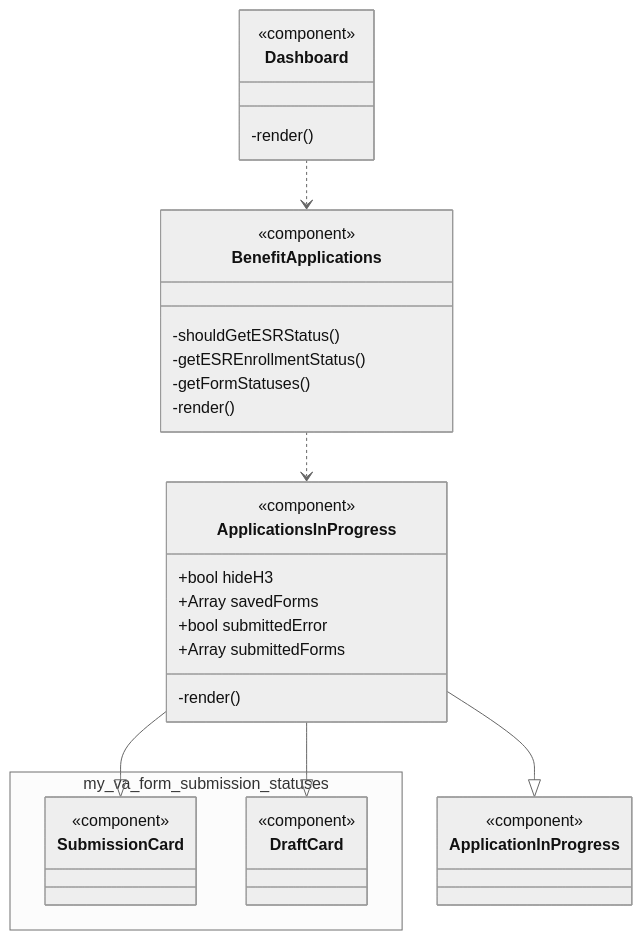
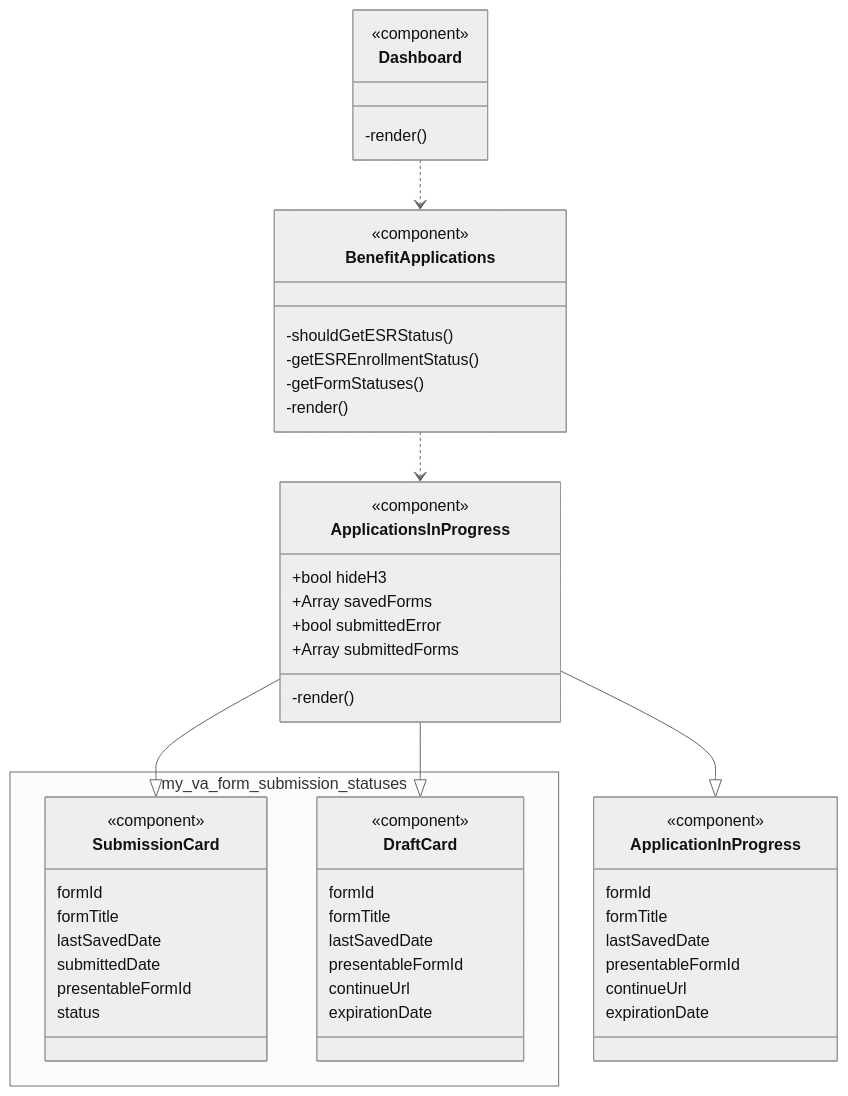
One commit to department-of-veterans-affairs/va.gov-team changed the second of 2 diagrams in products/identity-personalization/my-va/engineering-docs/frontend/benefit-applications-and-forms.md. Above: the diagram before and after it, drawn with Mermaid (neutral theme). The commit also changed other lines of this file, not shown here.

Commit message:
Update benefit-applications-and-forms.md
added new Form submission status components and props

````diff
--- a/products/identity-personalization/my-va/engineering-docs/frontend/benefit-applications-and-forms.md
+++ b/products/identity-personalization/my-va/engineering-docs/frontend/benefit-applications-and-forms.md
@@ -19,38 +22,61 @@
 ```mermaid
     classDiagram
       Dashboard ..> BenefitApplications
       <<component>> Dashboard
       Dashboard : -render()
 
       BenefitApplications ..> ApplicationsInProgress
       <<component>> BenefitApplications
       class BenefitApplications {
         -shouldGetESRStatus()
         -getESREnrollmentStatus()
         -getFormStatuses()
         -render()
       }
       
       <<component>> ApplicationsInProgress
       class ApplicationsInProgress {
         +bool hideH3
         +Array savedForms
         +bool submittedError
         +Array submittedForms
         -render()
       }
 
       ApplicationsInProgress --|> ApplicationInProgress
-      <<component>> ApplicationInProgress
+
+      class ApplicationInProgress {
+        <<component>>
+        formId
+        formTitle
+        lastSavedDate
+        presentableFormId
+        continueUrl
+        expirationDate
+      }
 
       ApplicationsInProgress --|> SubmissionCard
-      <<component>> SubmissionCard
 
       ApplicationsInProgress --|> DraftCard 
-      <<component>> DraftCard
       
       namespace my_va_form_submission_statuses { 
-        class SubmissionCard
-        class DraftCard
+        class SubmissionCard {
+          <<component>> 
+          formId
+          formTitle
+          lastSavedDate
+          submittedDate
+          presentableFormId
+          status
+        }
+        class DraftCard {
+          <<component>> 
+          formId
+          formTitle
+          lastSavedDate
+          presentableFormId
+          continueUrl
+          expirationDate
+        }
       }
 ```
````
